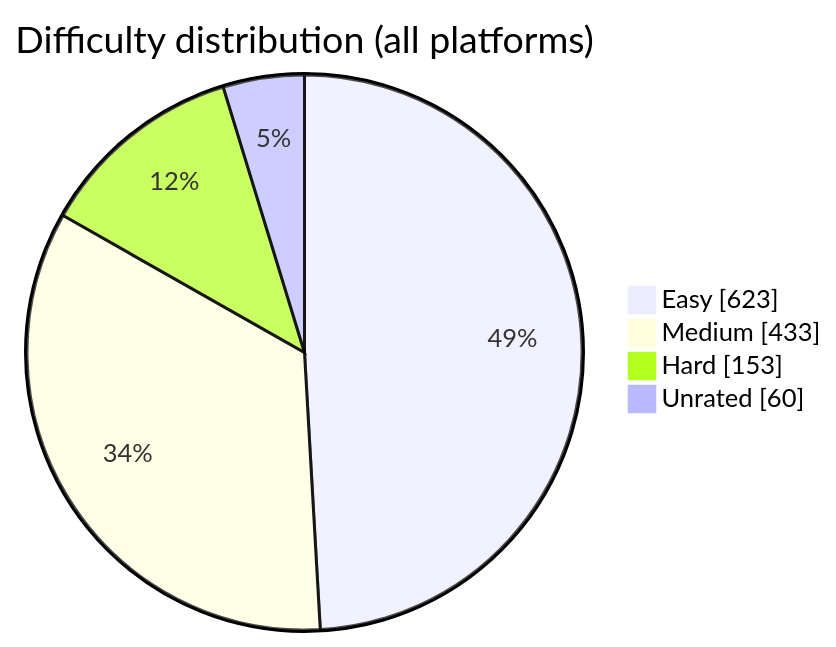
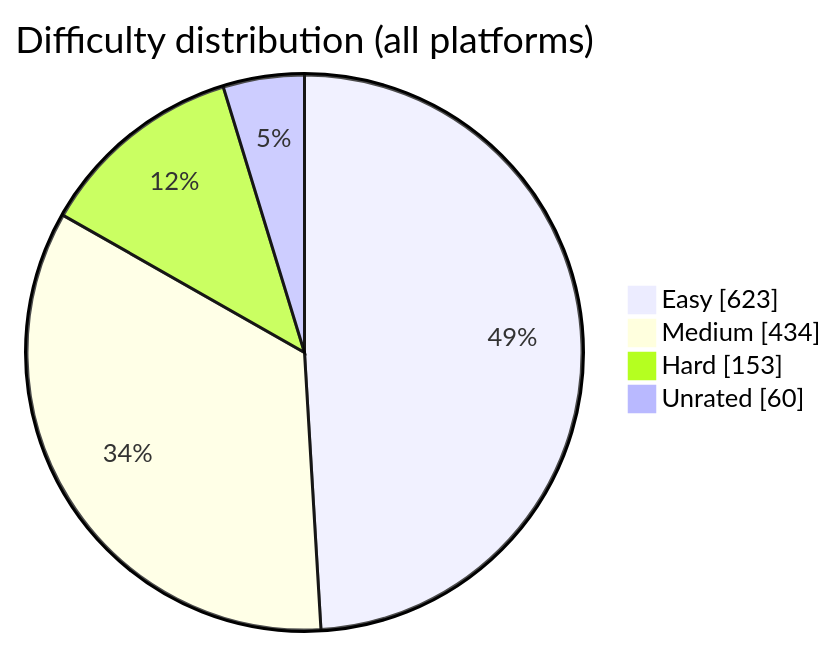
The diagram in README.md (BuildbyArindam/Daily-Coding-Log), drawn with Mermaid before and after one commit. The commit also changed other lines of this file, not shown here.

````diff
--- a/README.md
+++ b/README.md
@@ -93,7 +93,7 @@
 ```mermaid
 pie showData title Difficulty distribution (all platforms)
     "Easy" : 623
-    "Medium" : 433
+    "Medium" : 434
     "Hard" : 153
     "Unrated" : 60
 ```
````
